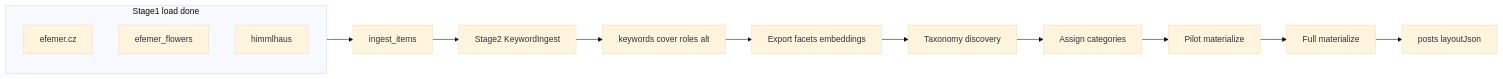
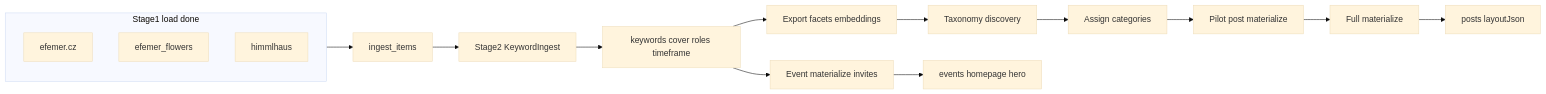
One commit to criq/efemer changed the first of 2 diagrams in .cursor/plans/multi-stage_content_loader_a47d70e4.plan.md. Above: the diagram before and after it, drawn with Mermaid (base theme). The commit also changed other lines of this file, not shown here.

Commit message:
Update plan after LLM timeframe and invite enrichment.

````diff
--- a/.cursor/plans/multi-stage_content_loader_a47d70e4.plan.md
+++ b/.cursor/plans/multi-stage_content_loader_a47d70e4.plan.md
@@ -117,18 +128,20 @@
 ```mermaid
 flowchart LR
   subgraph stage1 [Stage1 load done]
     E[efemer.cz]
     F[efemer_flowers]
     H[himmlhaus]
   end
   IE[ingest_items]
   stage1 --> IE
   IE --> stage2[Stage2 KeywordIngest]
-  stage2 --> KW[keywords cover roles alt]
+  stage2 --> KW[keywords cover roles timeframe]
   KW --> corpus[Export facets embeddings]
   corpus --> review[Taxonomy discovery]
   review --> cats[Assign categories]
-  cats --> pilot[Pilot materialize]
+  KW --> events[Event materialize invites]
+  cats --> pilot[Pilot post materialize]
   pilot --> stage3[Full materialize]
   stage3 --> posts[posts layoutJson]
+  events --> ev[events homepage hero]
 ```
````
